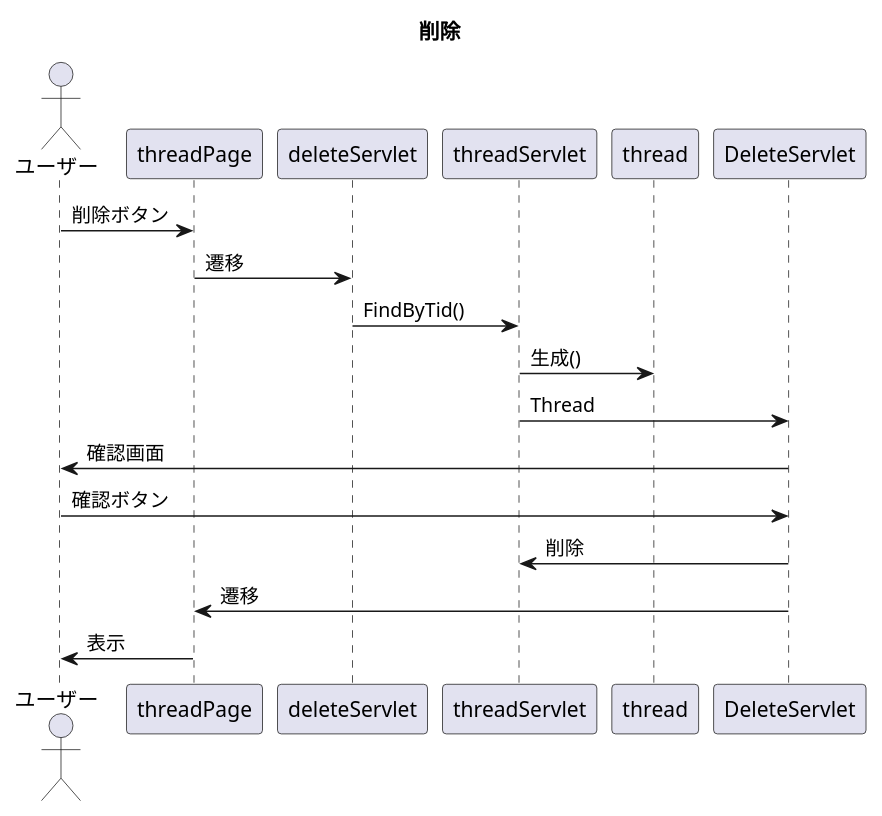
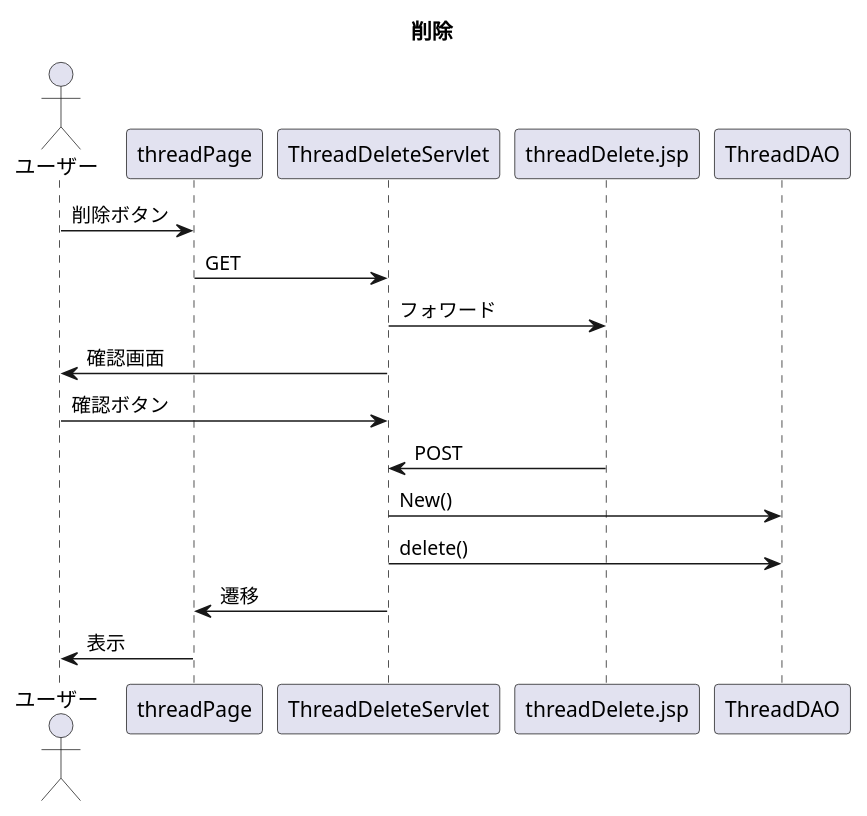
One commit to R-Nakagawa87/WebExample changed the diagram in uml/seq_delete_thread.pu. Above: the diagram before and after it, drawn with PlantUML. The commit also changed 10 other files, not shown here.

```diff
--- a/uml/seq_delete_thread.pu
+++ b/uml/seq_delete_thread.pu
@@ -1,17 +1,17 @@
 @startuml
 title 削除
 
 actor ユーザー
 
 ユーザー -> threadPage : 削除ボタン
-threadPage -> deleteServlet : 遷移
-deleteServlet -> threadServlet : FindByTid()
-threadServlet -> thread : 生成()
-threadServlet -> DeleteServlet : Thread
-DeleteServlet -> ユーザー : 確認画面
-ユーザー -> DeleteServlet : 確認ボタン
-DeleteServlet -> threadServlet : 削除
-DeleteServlet -> threadPage : 遷移
+threadPage -> ThreadDeleteServlet : GET
+ThreadDeleteServlet -> threadDelete.jsp : フォワード
+ThreadDeleteServlet -> ユーザー : 確認画面
+ユーザー -> ThreadDeleteServlet : 確認ボタン
+threadDelete.jsp -> ThreadDeleteServlet : POST
+ThreadDeleteServlet -> ThreadDAO : New()
+ThreadDeleteServlet -> ThreadDAO : delete()
+ThreadDeleteServlet -> threadPage : 遷移
 threadPage -> ユーザー : 表示
 
 @enduml
```
